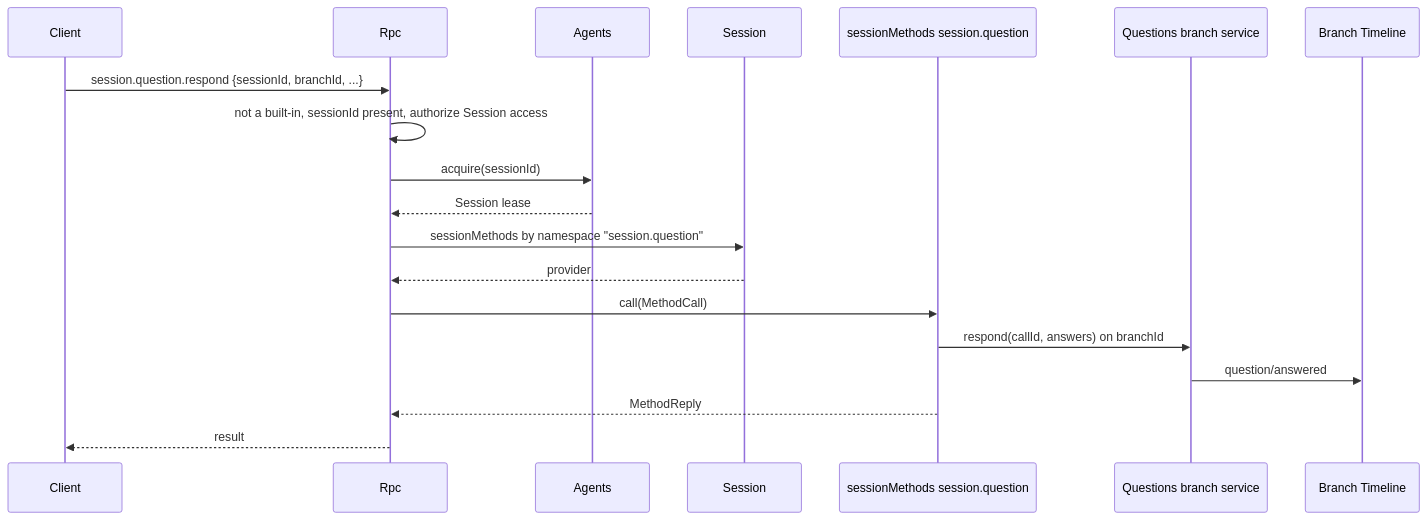
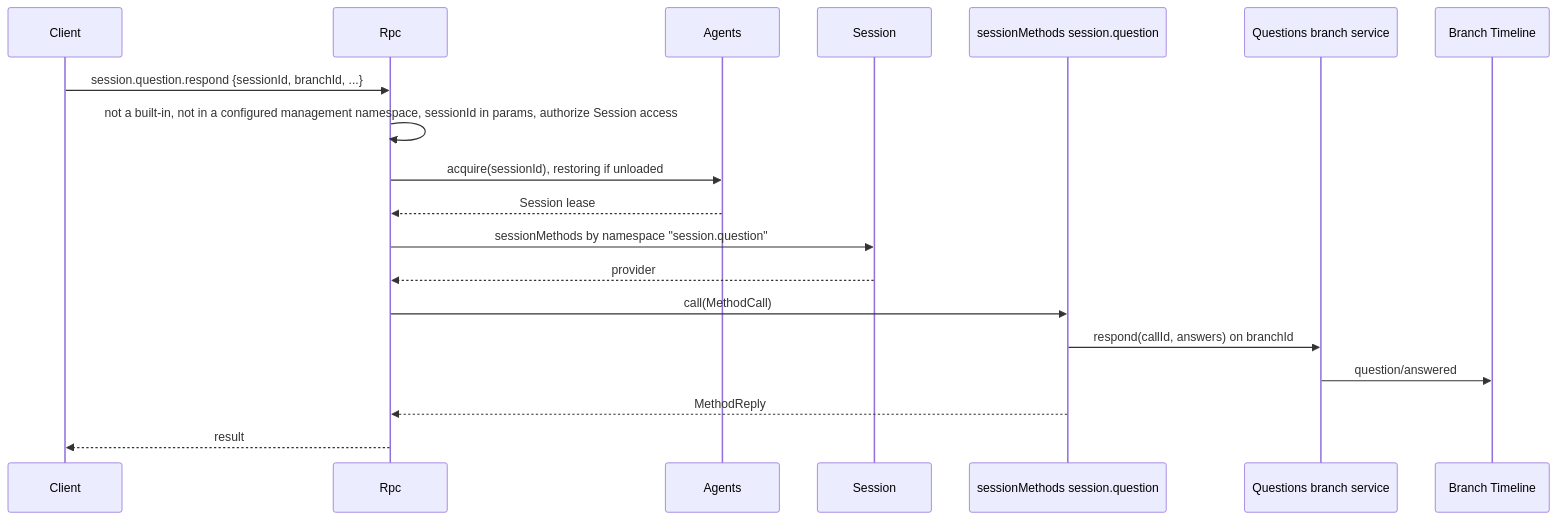
One commit to CoutinhoTTS/dim-agent changed the second of 3 diagrams in docs/design/contracts/session-boundary.md. Above: the diagram before and after it, drawn with Mermaid. The commit also changed other lines of this file and 27 other files, not shown here.

````diff
--- a/docs/design/contracts/session-boundary.md
+++ b/docs/design/contracts/session-boundary.md
@@ -67,21 +67,21 @@
 ```mermaid
 sequenceDiagram
   participant CL as Client
   participant Rpc as Rpc
   participant AI as Agents
   participant S as Session
   participant Q as sessionMethods session.question
   participant QB as Questions branch service
   participant TL as Branch Timeline
   CL->>Rpc: session.question.respond {sessionId, branchId, ...}
-  Rpc->>Rpc: not a built-in, sessionId present, authorize Session access
-  Rpc->>AI: acquire(sessionId)
+  Rpc->>Rpc: not a built-in, not in a configured management namespace, sessionId in params, authorize Session access
+  Rpc->>AI: acquire(sessionId), restoring if unloaded
   AI-->>Rpc: Session lease
   Rpc->>S: sessionMethods by namespace "session.question"
   S-->>Rpc: provider
   Rpc->>Q: call(MethodCall)
   Q->>QB: respond(callId, answers) on branchId
   QB->>TL: question/answered
   Q-->>Rpc: MethodReply
   Rpc-->>CL: result
 ```
````
